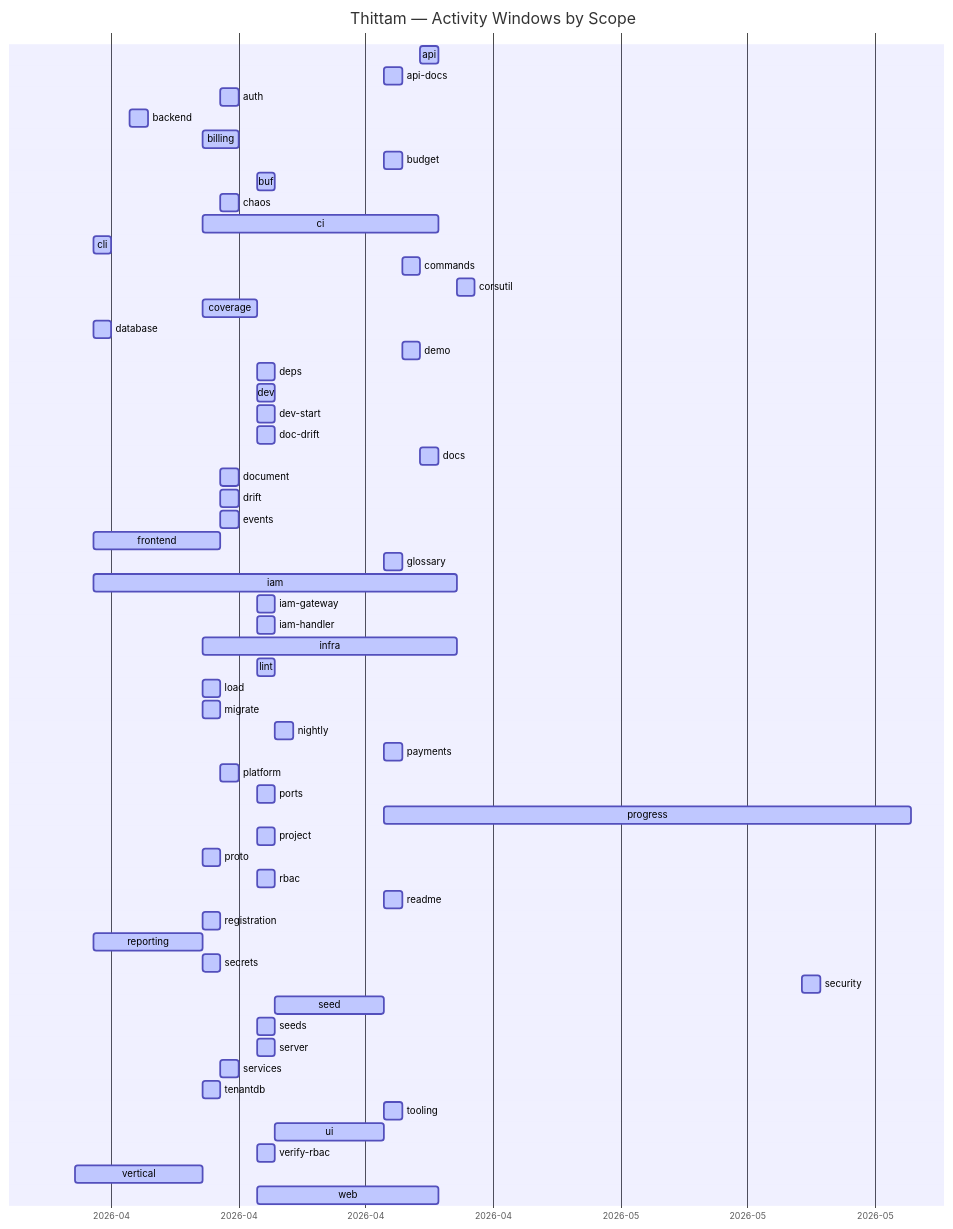
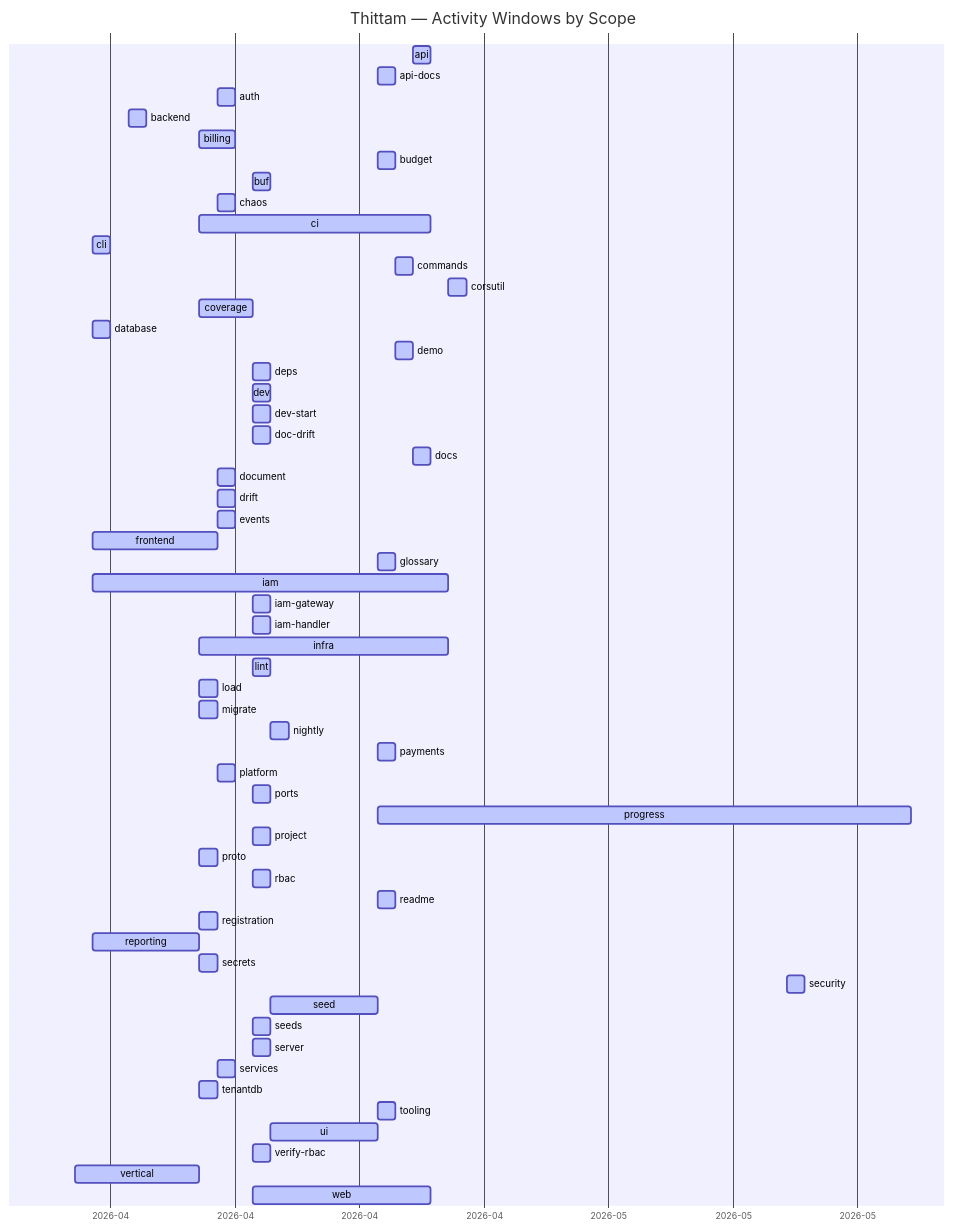
The diagram in docs/PROGRESS.md (wegofwd2020-hub/thittam), drawn with Mermaid before and after one commit. The commit also changed other lines of this file and 1 other file, not shown here.

Commit message:
chore(progress): nightly update of docs/PROGRESS.md + CSVs

````diff
--- a/docs/PROGRESS.md
+++ b/docs/PROGRESS.md
@@ -9,61 +9,61 @@
 ```mermaid
 gantt
     title Thittam — Activity Windows by Scope
     dateFormat YYYY-MM-DD
     axisFormat %Y-%m
     api                :active, s_api, 2026-04-22, 2026-04-23
     api-docs           :active, s_api_docs, 2026-04-20, 2026-04-21
     auth               :active, s_auth, 2026-04-11, 2026-04-12
     backend            :active, s_backend, 2026-04-06, 2026-04-07
     billing            :active, s_billing, 2026-04-10, 2026-04-12
     budget             :active, s_budget, 2026-04-20, 2026-04-21
     buf                :active, s_buf, 2026-04-13, 2026-04-14
     chaos              :active, s_chaos, 2026-04-11, 2026-04-12
     ci                 :active, s_ci, 2026-04-10, 2026-04-23
     cli                :active, s_cli, 2026-04-04, 2026-04-05
     commands           :active, s_commands, 2026-04-21, 2026-04-22
     corsutil           :active, s_corsutil, 2026-04-24, 2026-04-25
     coverage           :active, s_coverage, 2026-04-10, 2026-04-13
     database           :active, s_database, 2026-04-04, 2026-04-05
     demo               :active, s_demo, 2026-04-21, 2026-04-22
     deps               :active, s_deps, 2026-04-13, 2026-04-14
     dev                :active, s_dev, 2026-04-13, 2026-04-14
     dev-start          :active, s_dev_start, 2026-04-13, 2026-04-14
     doc-drift          :active, s_doc_drift, 2026-04-13, 2026-04-14
     docs               :active, s_docs, 2026-04-22, 2026-04-23
     document           :active, s_document, 2026-04-11, 2026-04-12
     drift              :active, s_drift, 2026-04-11, 2026-04-12
     events             :active, s_events, 2026-04-11, 2026-04-12
     frontend           :active, s_frontend, 2026-04-04, 2026-04-11
     glossary           :active, s_glossary, 2026-04-20, 2026-04-21
     iam                :active, s_iam, 2026-04-04, 2026-04-24
     iam-gateway        :active, s_iam_gateway, 2026-04-13, 2026-04-14
     iam-handler        :active, s_iam_handler, 2026-04-13, 2026-04-14
     infra              :active, s_infra, 2026-04-10, 2026-04-24
     lint               :active, s_lint, 2026-04-13, 2026-04-14
     load               :active, s_load, 2026-04-10, 2026-04-11
     migrate            :active, s_migrate, 2026-04-10, 2026-04-11
     nightly            :active, s_nightly, 2026-04-14, 2026-04-15
     payments           :active, s_payments, 2026-04-20, 2026-04-21
     platform           :active, s_platform, 2026-04-11, 2026-04-12
     ports              :active, s_ports, 2026-04-13, 2026-04-14
-    progress           :active, s_progress, 2026-04-20, 2026-05-19
+    progress           :active, s_progress, 2026-04-20, 2026-05-20
     project            :active, s_project, 2026-04-13, 2026-04-14
     proto              :active, s_proto, 2026-04-10, 2026-04-11
     rbac               :active, s_rbac, 2026-04-13, 2026-04-14
     readme             :active, s_readme, 2026-04-20, 2026-04-21
     registration       :active, s_registration, 2026-04-10, 2026-04-11
     reporting          :active, s_reporting, 2026-04-04, 2026-04-10
     secrets            :active, s_secrets, 2026-04-10, 2026-04-11
     security           :active, s_security, 2026-05-13, 2026-05-14
     seed               :active, s_seed, 2026-04-14, 2026-04-20
     seeds              :active, s_seeds, 2026-04-13, 2026-04-14
     server             :active, s_server, 2026-04-13, 2026-04-14
     services           :active, s_services, 2026-04-11, 2026-04-12
     tenantdb           :active, s_tenantdb, 2026-04-10, 2026-04-11
     tooling            :active, s_tooling, 2026-04-20, 2026-04-21
     ui                 :active, s_ui, 2026-04-14, 2026-04-20
     verify-rbac        :active, s_verify_rbac, 2026-04-13, 2026-04-14
     vertical           :active, s_vertical, 2026-04-03, 2026-04-10
     web                :active, s_web, 2026-04-13, 2026-04-23
 ```
````
